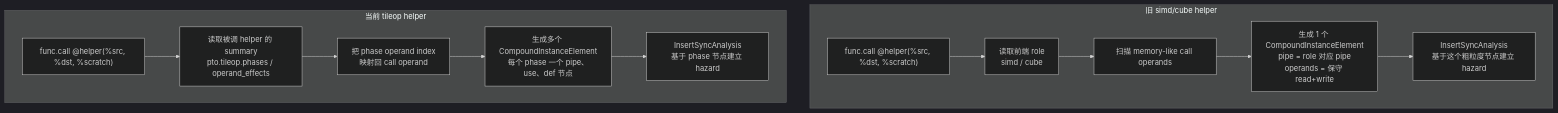
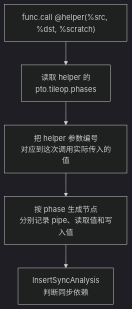
Before and after one commit to hw-native-sys/PTOAS: the sixth of 7 diagrams in docs/designs/ptodsl-tileop-redesign-explainer.md, drawn with Mermaid (dark theme). The commit also changed other lines of this file, not shown here.

Commit message:
docs: clarify tileop redesign flow

````diff
--- a/docs/designs/ptodsl-tileop-redesign-explainer.md
+++ b/docs/designs/ptodsl-tileop-redesign-explainer.md
@@ -629,22 +594,10 @@
 ```mermaid
 flowchart TB
-  subgraph Old["旧 simd/cube helper"]
-    OldCall["func.call @helper(%src, %dst, %scratch)"]
-    OldRole["读取前端 role<br/>simd / cube"]
-    OldOperands["扫描 memory-like call operands"]
-    OldNode["生成 1 个 CompoundInstanceElement<br/>pipe = role 对应 pipe<br/>operands = 保守 read+write"]
-    OldHazard["InsertSyncAnalysis<br/>基于这个粗粒度节点建立 hazard"]
+  NewCall["func.call @helper(%src, %dst, %scratch)"]
+  NewSummary["读取 helper 的<br/>pto.tileop.phases"]
+  NewMap["把 helper 参数编号<br/>对应到这次调用实际传入的值"]
+  NewNodes["按 phase 生成节点<br/>分别记录 pipe、读取值和写入值"]
+  NewHazard["InsertSyncAnalysis<br/>判断同步依赖"]
 
-    OldCall --> OldRole --> OldOperands --> OldNode --> OldHazard
-  end
-
-  subgraph New["当前 tileop helper"]
-    NewCall["func.call @helper(%src, %dst, %scratch)"]
-    NewSummary["读取被调 helper 的 summary<br/>pto.tileop.phases / operand_effects"]
-    NewMap["把 phase operand index<br/>映射回 call operand"]
-    NewNodes["生成多个 CompoundInstanceElement<br/>每个 phase 一个 pipe、use、def 节点"]
-    NewHazard["InsertSyncAnalysis<br/>基于 phase 节点建立 hazard"]
-
-    NewCall --> NewSummary --> NewMap --> NewNodes --> NewHazard
-  end
+  NewCall --> NewSummary --> NewMap --> NewNodes --> NewHazard
 ```
````
